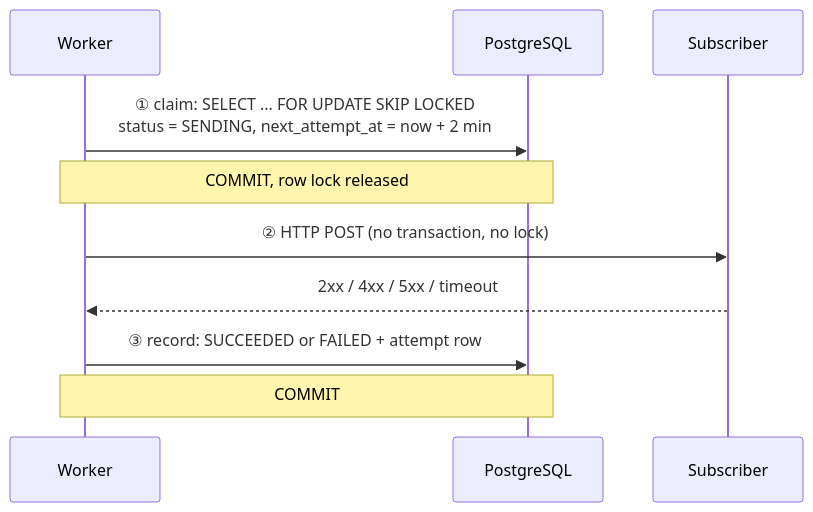
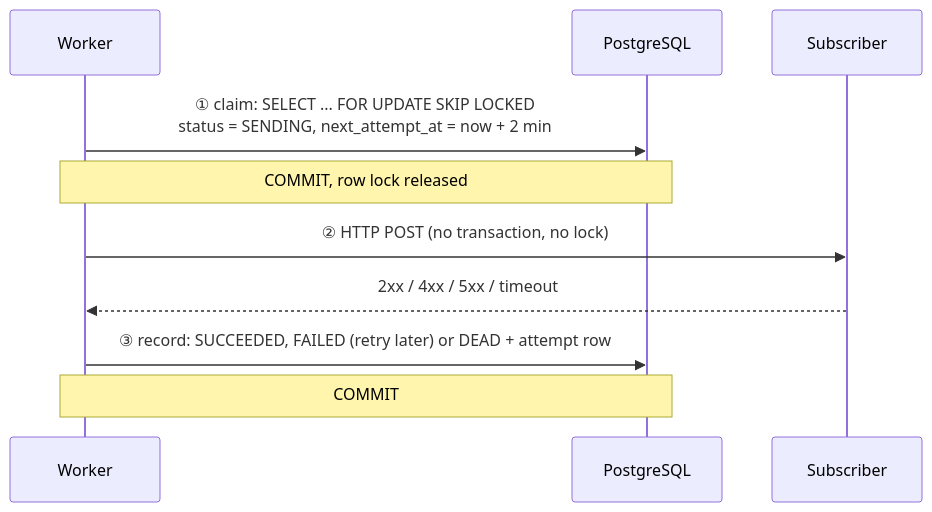
The second of 3 diagrams in README.md (BayramSevim/webhook), drawn with Mermaid before and after one commit. The commit also changed other lines of this file, not shown here.

Commit message:
docs: README for phase 1.4 retries, dead letter and manual retry

````diff
--- a/README.md
+++ b/README.md
@@ -47,12 +47,12 @@
 ```mermaid
 sequenceDiagram
     participant W as Worker
     participant DB as PostgreSQL
     participant S as Subscriber
     W->>DB: ① claim: SELECT ... FOR UPDATE SKIP LOCKED<br/>status = SENDING, next_attempt_at = now + 2 min
     Note over W,DB: COMMIT, row lock released
     W->>S: ② HTTP POST (no transaction, no lock)
     S-->>W: 2xx / 4xx / 5xx / timeout
-    W->>DB: ③ record: SUCCEEDED or FAILED + attempt row
+    W->>DB: ③ record: SUCCEEDED, FAILED (retry later) or DEAD + attempt row
     Note over W,DB: COMMIT
 ```
````
